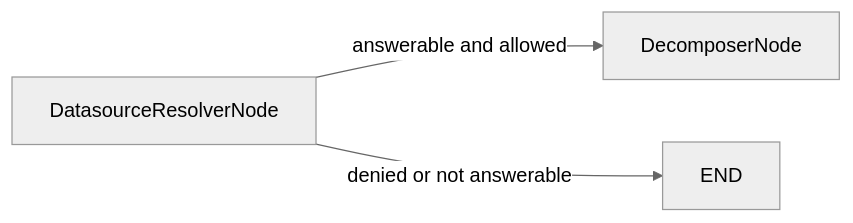
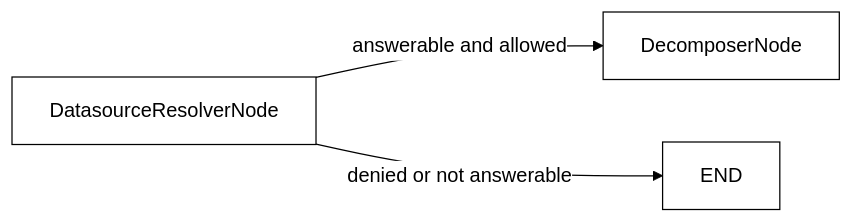
Before and after one commit to nadeem4/nl2sql: the diagram in docs/architecture/nodes/datasource_resolver_node.md, drawn with Mermaid. The commit also changed 9 other files, not shown here.

First line of the commit message:
test(architecture): enforce the package boundaries, and write the rules down (#176)

````diff
--- a/docs/architecture/nodes/datasource_resolver_node.md
+++ b/docs/architecture/nodes/datasource_resolver_node.md
@@ -40,6 +40,6 @@
 ```mermaid
-%%{init: {"theme": "neutral"}}%%
+%%{init: {'theme':'base','themeVariables':{'primaryColor':'#ffffff','primaryTextColor':'#000000','primaryBorderColor':'#000000','lineColor':'#000000'}}}%%
 flowchart LR
     Resolver[DatasourceResolverNode] -->|answerable and allowed| Decomposer[DecomposerNode]
     Resolver -->|denied or not answerable| EndNode[END]
 ```
````
